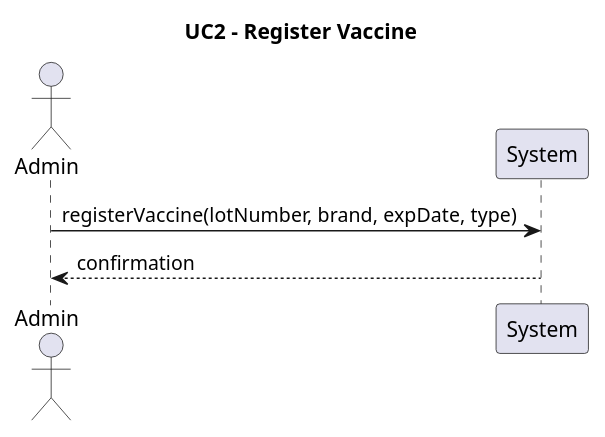
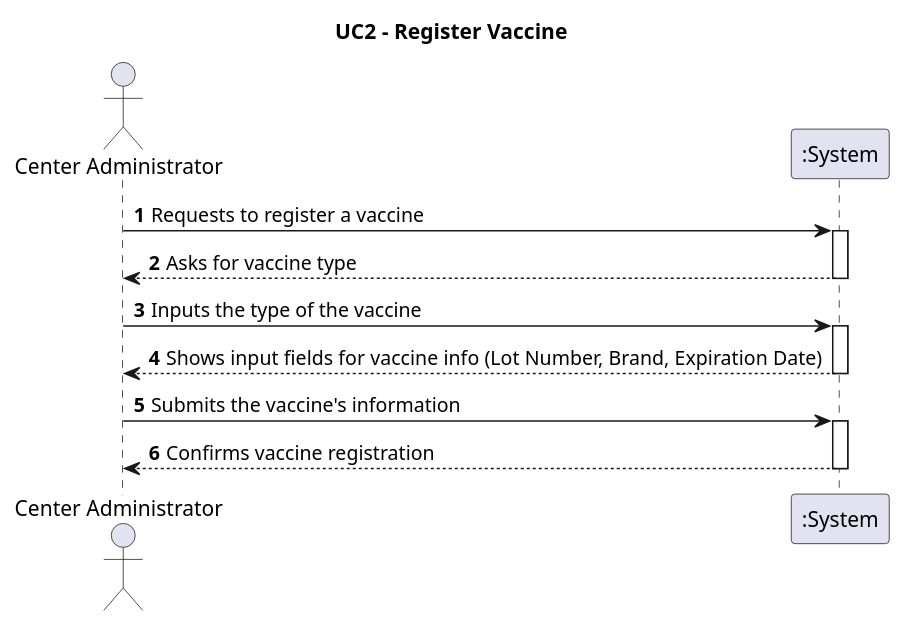
The diagram in Documentation/Use Cases/UC2.puml (Andre-1240567/fsoft2026_1DD_1), drawn with PlantUML before and after one commit. The commit also changed 4 other files, not shown here.

```diff
--- a/Documentation/Use Cases/UC2.puml
+++ b/Documentation/Use Cases/UC2.puml
@@ -1,11 +1,23 @@
 @startuml
 'https://plantuml.com/use-case-diagram
 title UC2 - Register Vaccine
 
-Actor Admin
-participant "System"
+actor "Center Administrator" as Admin
+participant ":System" as System
 
-Admin -> System: registerVaccine(lotNumber, brand, expDate, type)
-System --> Admin: confirmation
+autonumber
+
+Admin -> System: Requests to register a vaccine
+activate System
+System --> Admin: Asks for vaccine type
+deactivate System
+Admin -> System: Inputs the type of the vaccine
+activate System
+System --> Admin: Shows input fields for vaccine info (Lot Number, Brand, Expiration Date)
+deactivate System
+Admin -> System: Submits the vaccine's information
+activate System
+System --> Admin: Confirms vaccine registration
+deactivate System
 
 @enduml
```
